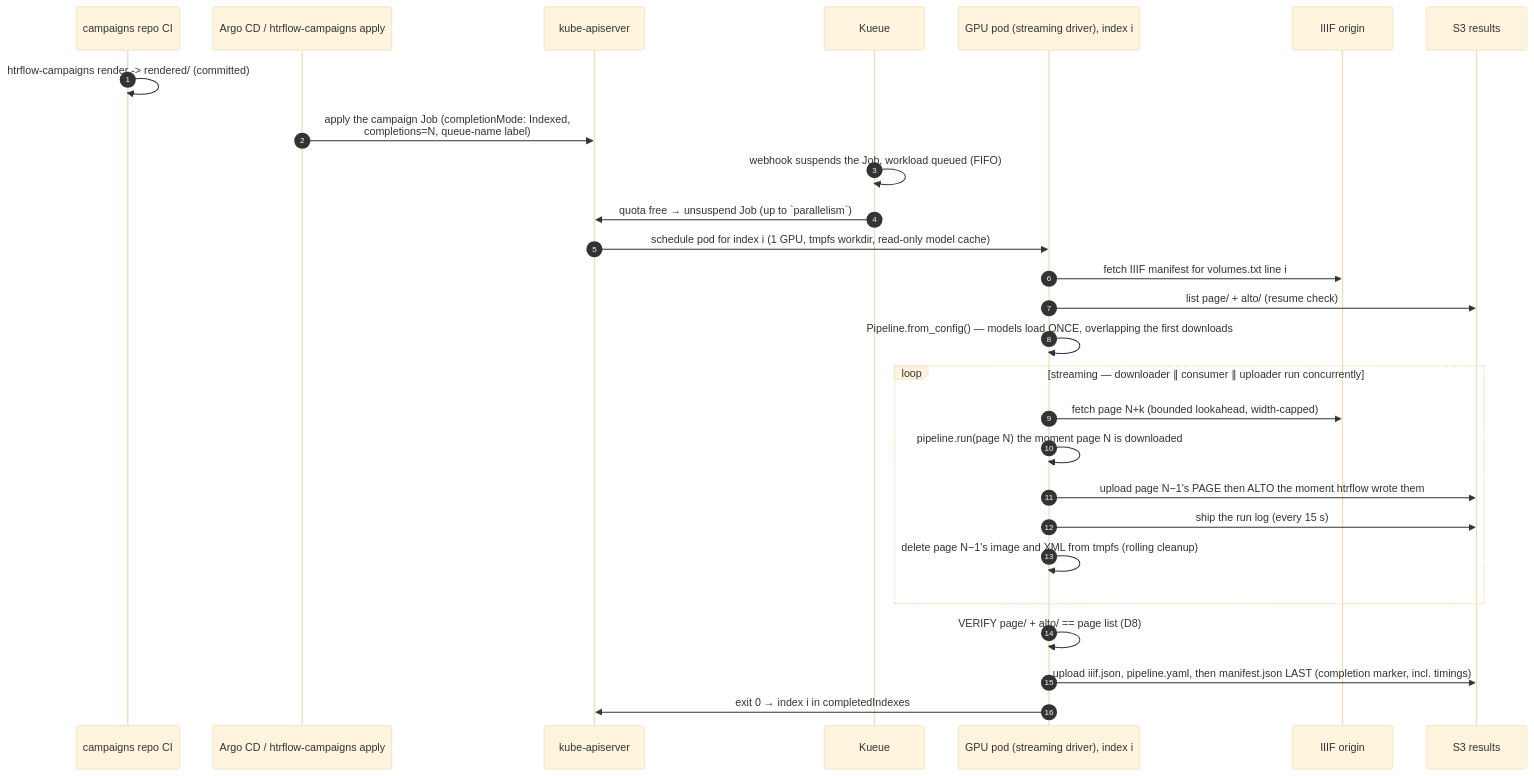
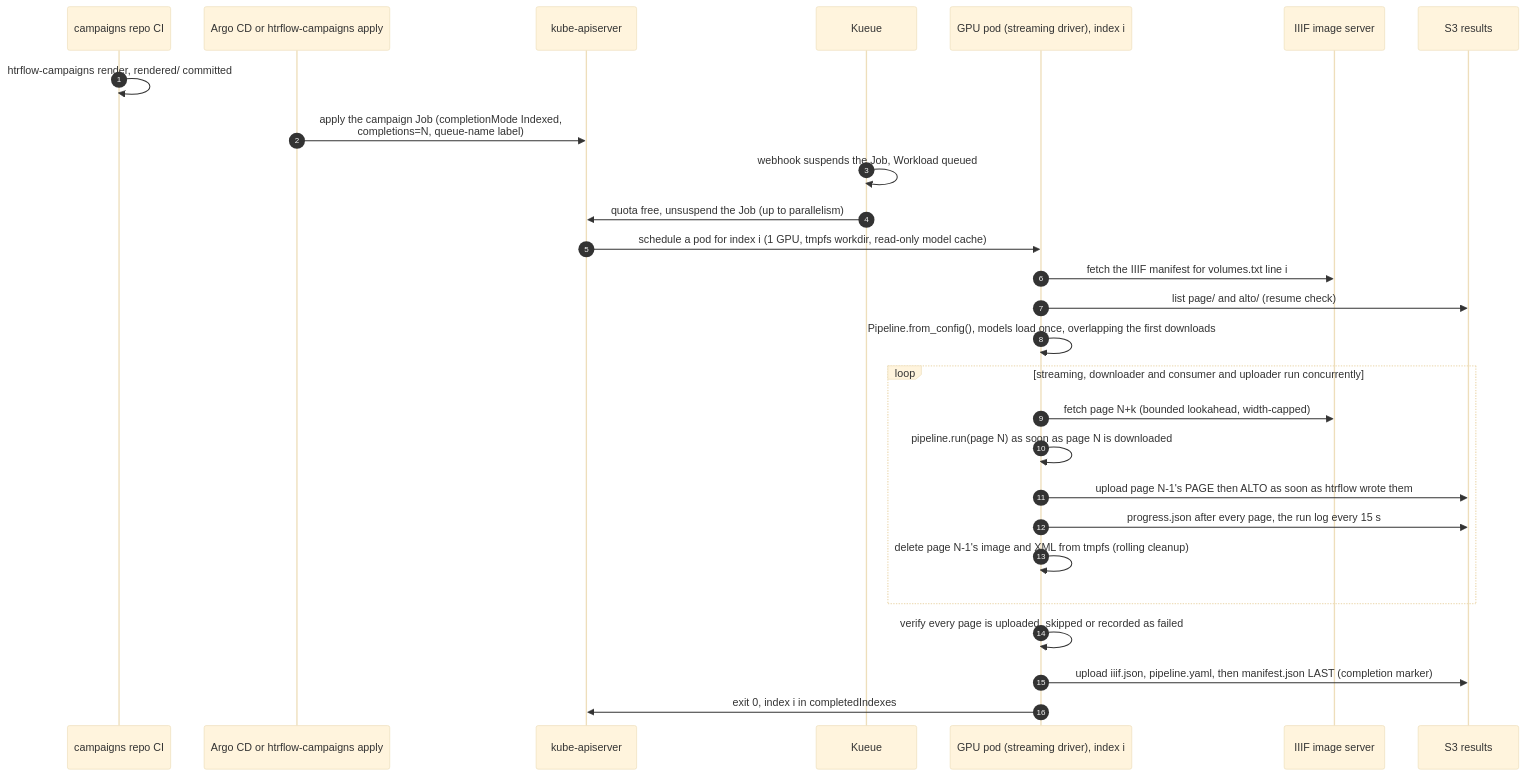
Before and after one commit to AI-Riksarkivet/htrflow-batch: the second of 2 diagrams in docs/how-it-works/architecture.md, drawn with Mermaid (base theme). The commit also changed other lines of this file, not shown here.

First line of the commit message:
docs(how-it-works): architecture is the map, component boundaries, Job lifecycle and reading order

````diff
--- a/docs/how-it-works/architecture.md
+++ b/docs/how-it-works/architecture.md
@@ -93,30 +93,30 @@
 ```mermaid
 sequenceDiagram
     autonumber
     participant G as campaigns repo CI
-    participant Ar as Argo CD / htrflow-campaigns apply
+    participant Ar as Argo CD or htrflow-campaigns apply
     participant K8s as kube-apiserver
     participant Q as Kueue
     participant P as GPU pod (streaming driver), index i
-    participant I as IIIF origin
+    participant I as IIIF image server
     participant S3 as S3 results
 
-    G->>G: htrflow-campaigns render -> rendered/ (committed)
-    Ar->>K8s: apply the campaign Job (completionMode: Indexed,<br/>completions=N, queue-name label)
-    Q->>Q: webhook suspends the Job, workload queued (FIFO)
-    Q->>K8s: quota free → unsuspend Job (up to `parallelism`)
-    K8s->>P: schedule pod for index i (1 GPU, tmpfs workdir, read-only model cache)
-    P->>I: fetch IIIF manifest for volumes.txt line i
-    P->>S3: list page/ + alto/ (resume check)
-    P->>P: Pipeline.from_config() — models load ONCE, overlapping the first downloads
-    loop streaming — downloader ∥ consumer ∥ uploader run concurrently
+    G->>G: htrflow-campaigns render, rendered/ committed
+    Ar->>K8s: apply the campaign Job (completionMode Indexed,<br/>completions=N, queue-name label)
+    Q->>Q: webhook suspends the Job, Workload queued
+    Q->>K8s: quota free, unsuspend the Job (up to parallelism)
+    K8s->>P: schedule a pod for index i (1 GPU, tmpfs workdir, read-only model cache)
+    P->>I: fetch the IIIF manifest for volumes.txt line i
+    P->>S3: list page/ and alto/ (resume check)
+    P->>P: Pipeline.from_config(), models load once, overlapping the first downloads
+    loop streaming, downloader and consumer and uploader run concurrently
         P->>I: fetch page N+k (bounded lookahead, width-capped)
-        P->>P: pipeline.run(page N) the moment page N is downloaded
-        P->>S3: upload page N−1's PAGE then ALTO the moment htrflow wrote them
-        P->>S3: ship the run log (every 15 s)
-        P->>P: delete page N−1's image and XML from tmpfs (rolling cleanup)
+        P->>P: pipeline.run(page N) as soon as page N is downloaded
+        P->>S3: upload page N-1's PAGE then ALTO as soon as htrflow wrote them
+        P->>S3: progress.json after every page, the run log every 15 s
+        P->>P: delete page N-1's image and XML from tmpfs (rolling cleanup)
     end
-    P->>P: VERIFY page/ + alto/ == page list (D8)
-    P->>S3: upload iiif.json, pipeline.yaml, then manifest.json LAST (completion marker, incl. timings)
-    P->>K8s: exit 0 → index i in completedIndexes
+    P->>P: verify every page is uploaded, skipped or recorded as failed
+    P->>S3: upload iiif.json, pipeline.yaml, then manifest.json LAST (completion marker)
+    P->>K8s: exit 0, index i in completedIndexes
 ```
````
